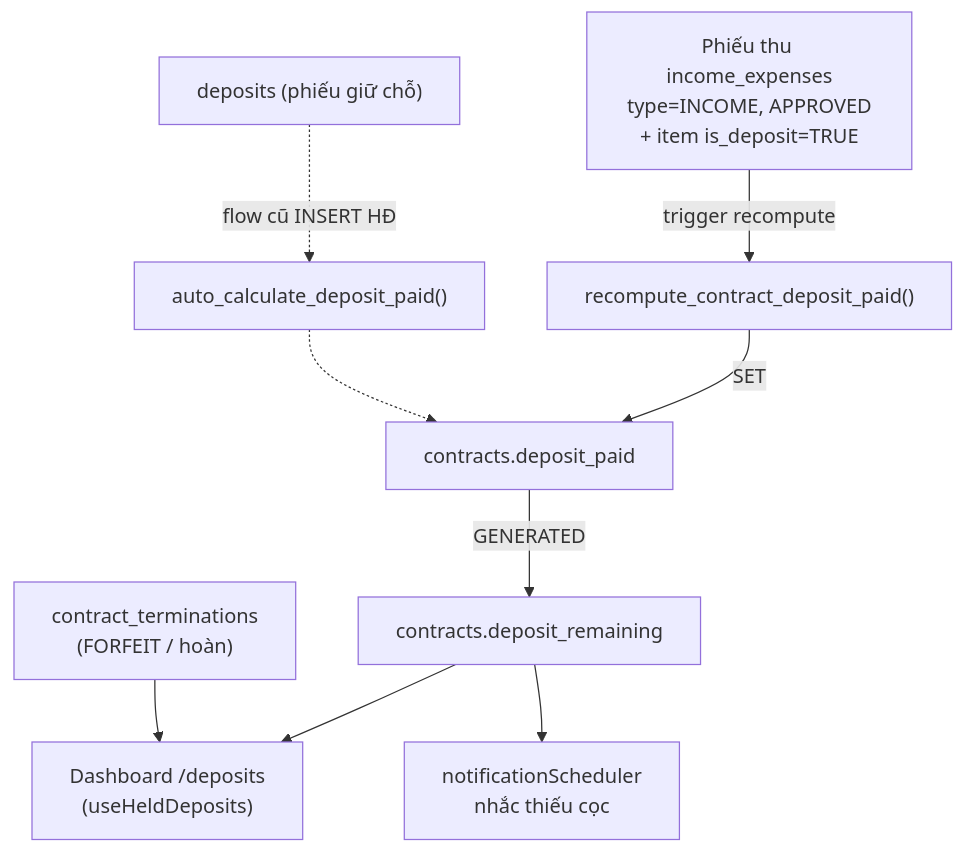
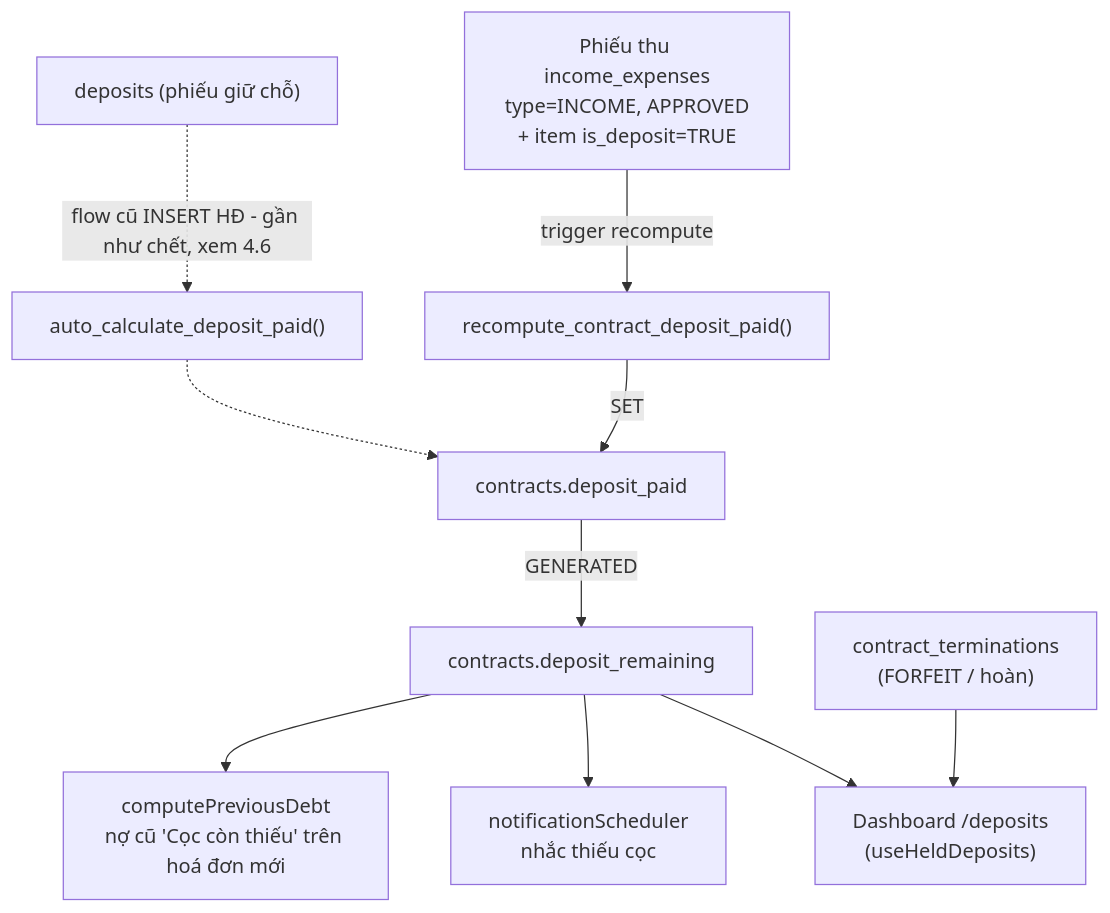
Before and after one commit to zxGreenxz/whiteboard-ihomecrm: the second of 5 diagrams in docs/he-thong/04-coc-giu-cho.md, drawn with Mermaid. The commit also changed other lines of this file and 17 other files, not shown here.

````diff
--- a/docs/he-thong/04-coc-giu-cho.md
+++ b/docs/he-thong/04-coc-giu-cho.md
@@ -163,11 +167,12 @@
 ```mermaid
 flowchart TD
     IE["Phiếu thu income_expenses<br/>type=INCOME, APPROVED<br/>+ item is_deposit=TRUE"] -->|trigger recompute| RC["recompute_contract_deposit_paid()"]
     RC -->|SET| DP["contracts.deposit_paid"]
     DP -->|GENERATED| DR["contracts.deposit_remaining"]
     DR --> DASH["Dashboard /deposits<br/>(useHeldDeposits)"]
     DR --> NOTIF["notificationScheduler<br/>nhắc thiếu cọc"]
+    DR --> PREV["computePreviousDebt<br/>nợ cũ 'Cọc còn thiếu' trên hoá đơn mới"]
     TERM["contract_terminations<br/>(FORFEIT / hoàn)"] --> DASH
-    DEP["deposits (phiếu giữ chỗ)"] -.->|flow cũ INSERT HĐ| AUTO["auto_calculate_deposit_paid()"]
+    DEP["deposits (phiếu giữ chỗ)"] -.->|flow cũ INSERT HĐ - gần như chết, xem 4.6| AUTO["auto_calculate_deposit_paid()"]
     AUTO -.-> DP
 ```
````
